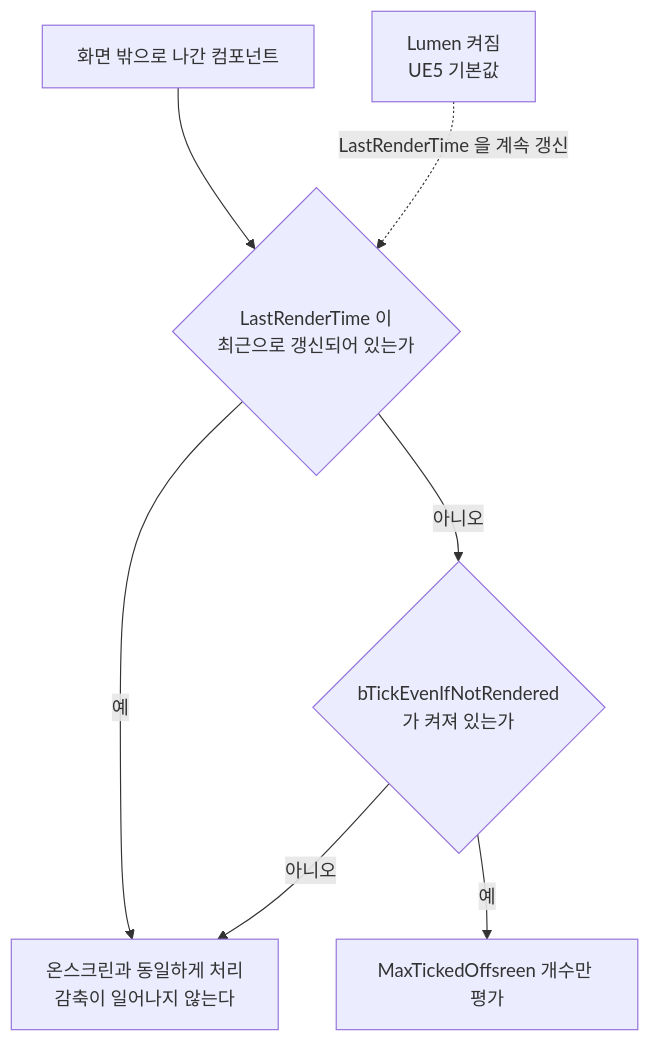
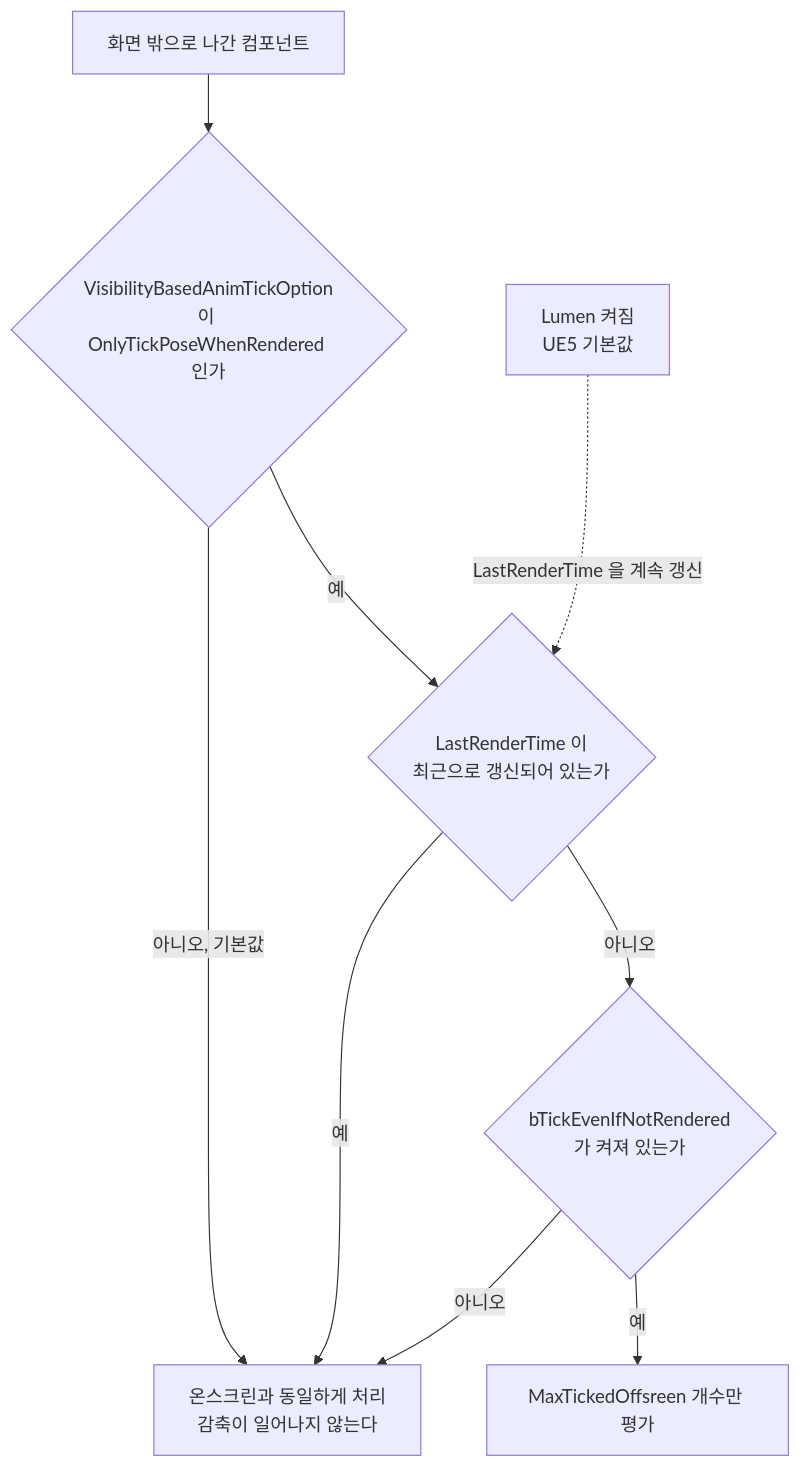
Before and after one commit to Junghyeon0710/UnrealEngineLab: the second of 2 diagrams in Docs/UE/AnimationBudget.md, drawn with Mermaid. The commit also changed other lines of this file, not shown here.

````diff
--- a/Docs/UE/AnimationBudget.md
+++ b/Docs/UE/AnimationBudget.md
@@ -472,9 +513,11 @@
 ```mermaid
 flowchart TD
-    A[화면 밖으로 나간 컴포넌트] --> B{LastRenderTime 이<br/>최근으로 갱신되어 있는가}
-    B -- 예 --> Z[온스크린과 동일하게 처리<br/>감축이 일어나지 않는다]
+    A[화면 밖으로 나간 컴포넌트] --> V{VisibilityBasedAnimTickOption<br/>이 OnlyTickPoseWhenRendered 인가}
+    V -- 아니오, 기본값 --> Z[온스크린과 동일하게 처리<br/>감축이 일어나지 않는다]
+    V -- 예 --> B{LastRenderTime 이<br/>최근으로 갱신되어 있는가}
+    B -- 예 --> Z
     B -- 아니오 --> C{bTickEvenIfNotRendered<br/>가 켜져 있는가}
     C -- 아니오 --> Z
     C -- 예 --> Y[MaxTickedOffsreen 개수만 평가]
     L[Lumen 켜짐<br/>UE5 기본값] -. LastRenderTime 을 계속 갱신 .-> B
 ```
````
